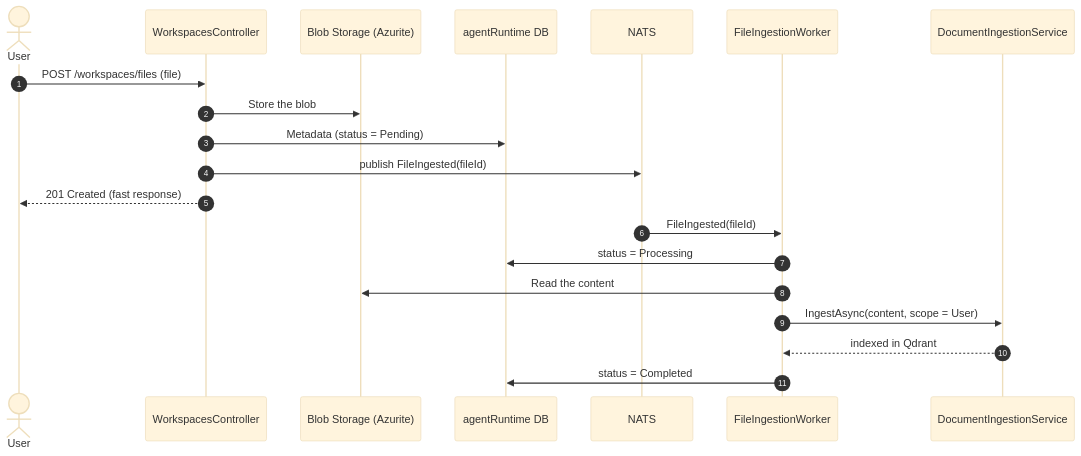
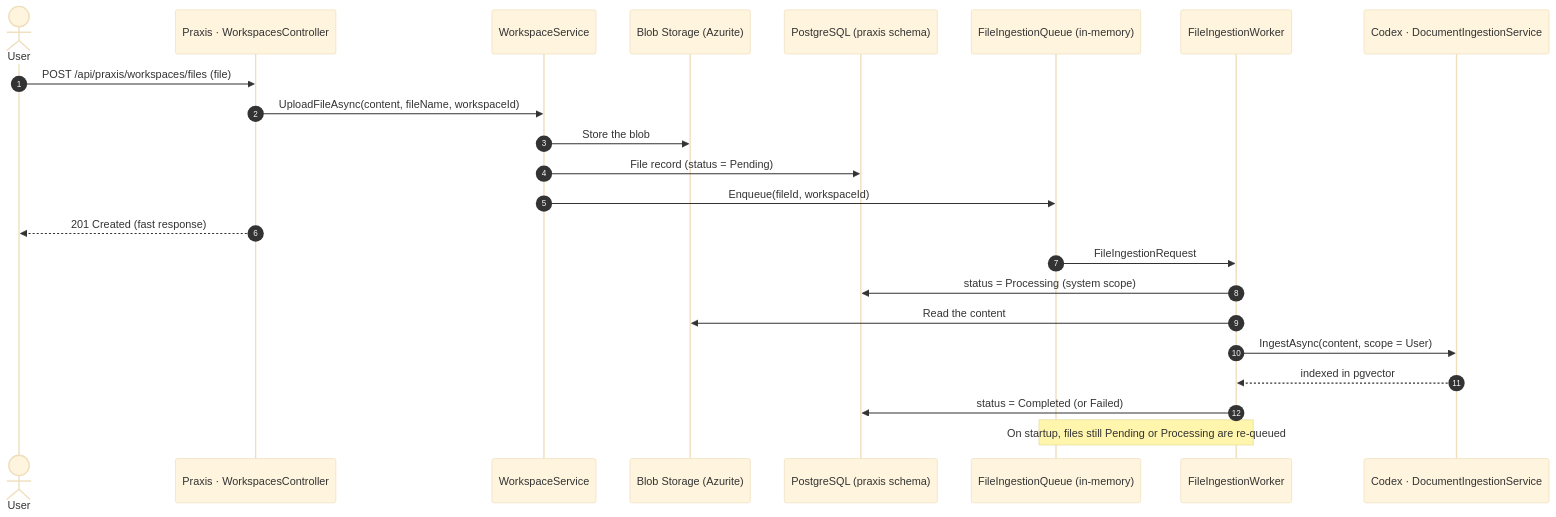
The diagram in docs/diagrams/rag-2-async-file-indexing.md (mihailshterev/sentium), drawn with Mermaid (base theme) before and after one commit. The commit also changed 99 other files, not shown here.

````diff
--- a/docs/diagrams/rag-2-async-file-indexing.md
+++ b/docs/diagrams/rag-2-async-file-indexing.md
@@ -1,23 +1,26 @@
 ```mermaid
 sequenceDiagram
     autonumber
     actor U as User
-    participant WC as WorkspacesController
+    participant WC as Praxis · WorkspacesController
+    participant WS as WorkspaceService
     participant BL as Blob Storage (Azurite)
-    participant DB as agentRuntime DB
-    participant NATS as NATS
+    participant DB as PostgreSQL (praxis schema)
+    participant Q as FileIngestionQueue (in-memory)
     participant FW as FileIngestionWorker
-    participant DI as DocumentIngestionService
+    participant DI as Codex · DocumentIngestionService
 
-    U->>WC: POST /workspaces/files (file)
-    WC->>BL: Store the blob
-    WC->>DB: Metadata (status = Pending)
-    WC->>NATS: publish FileIngested(fileId)
+    U->>WC: POST /api/praxis/workspaces/files (file)
+    WC->>WS: UploadFileAsync(content, fileName, workspaceId)
+    WS->>BL: Store the blob
+    WS->>DB: File record (status = Pending)
+    WS->>Q: Enqueue(fileId, workspaceId)
     WC-->>U: 201 Created (fast response)
-    NATS->>FW: FileIngested(fileId)
-    FW->>DB: status = Processing
+    Q->>FW: FileIngestionRequest
+    FW->>DB: status = Processing (system scope)
     FW->>BL: Read the content
     FW->>DI: IngestAsync(content, scope = User)
-    DI-->>FW: indexed in Qdrant
-    FW->>DB: status = Completed
+    DI-->>FW: indexed in pgvector
+    FW->>DB: status = Completed (or Failed)
+    Note over Q,FW: On startup, files still Pending or Processing are re-queued
 ```
````
